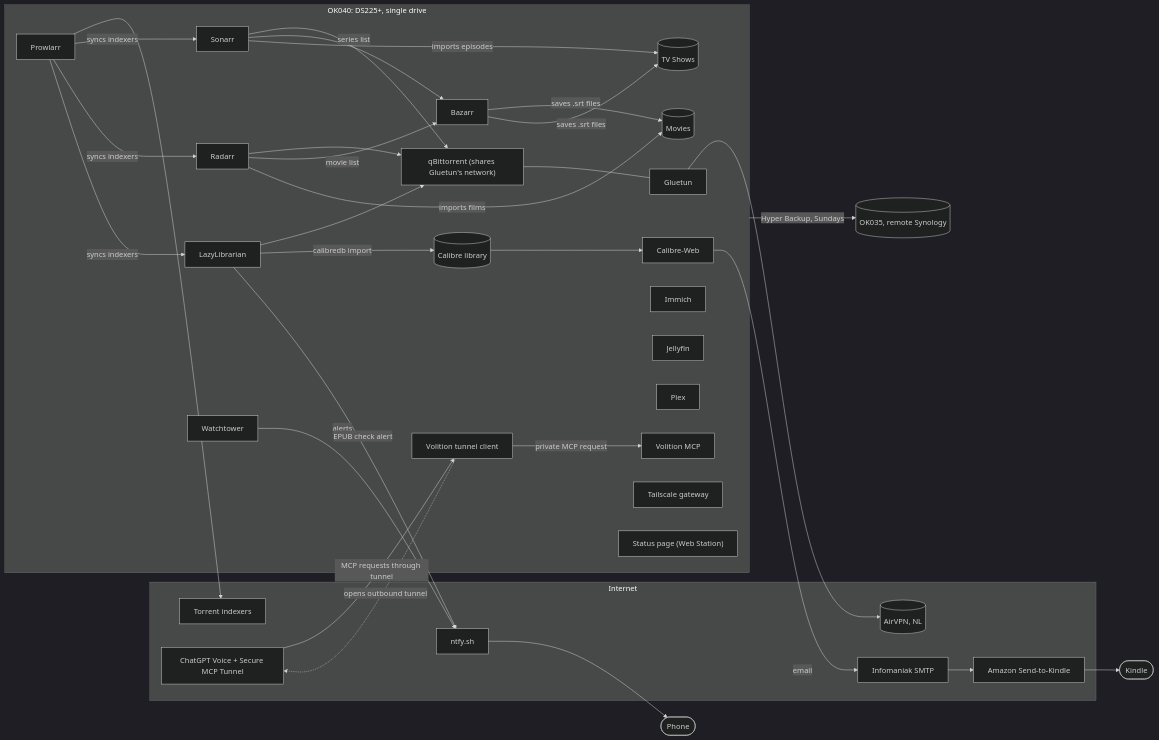
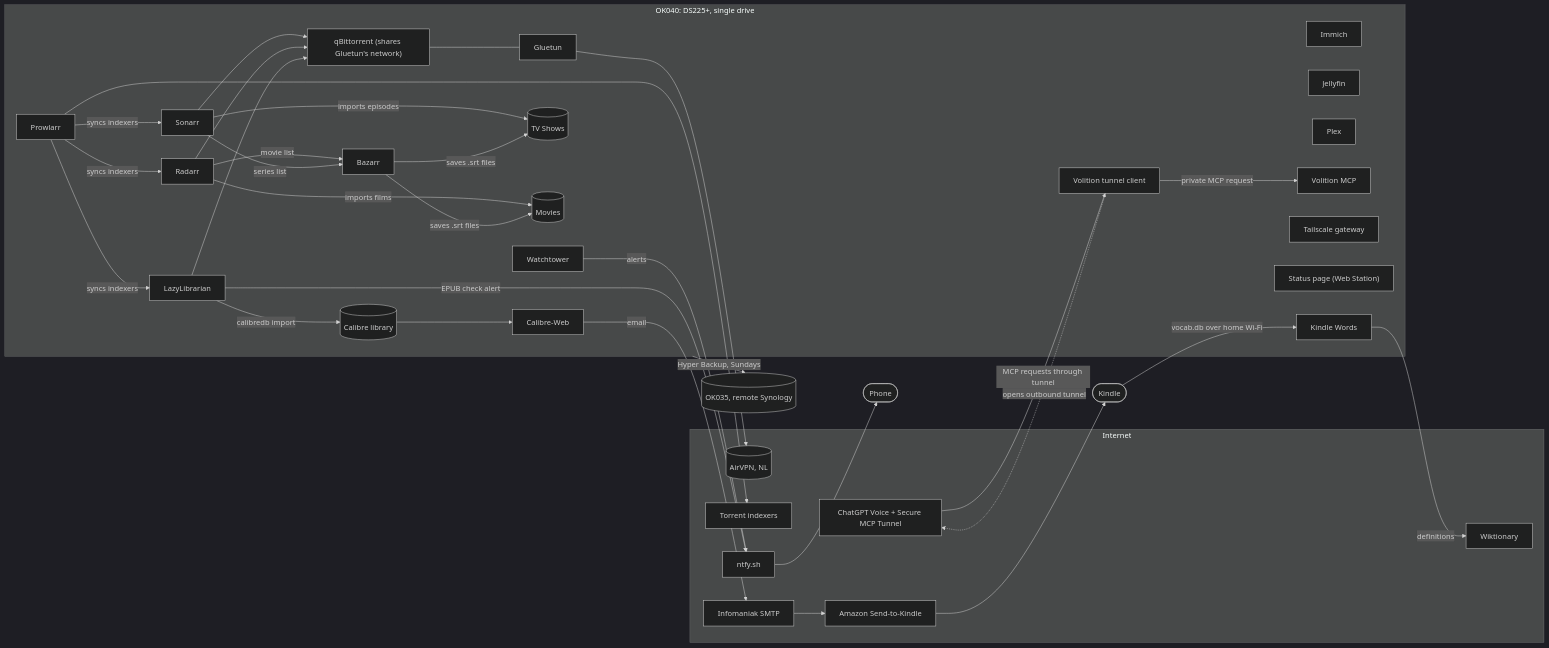
One commit to okkie2/infrastructure changed the diagram in README.md. Above: the diagram before and after it, drawn with Mermaid (dark theme). The commit also changed other lines of this file and 4 other files, not shown here.

First line of the commit message:
docs: add the kindle-words project

````diff
--- a/README.md
+++ b/README.md
@@ -9,45 +9,48 @@
 ```mermaid
 flowchart LR
   subgraph Internet
     AirVPN[("AirVPN, NL")]
     Indexers["Torrent indexers"]
     Infomaniak["Infomaniak SMTP"]
     Amazon["Amazon Send-to-Kindle"]
     Ntfy["ntfy.sh"]
     OpenAI["ChatGPT Voice + Secure MCP Tunnel"]
+    Wiktionary["Wiktionary"]
   end
   subgraph OK040["OK040: DS225+, single drive"]
     Gluetun --> AirVPN
     qBit["qBittorrent (shares Gluetun's network)"] --- Gluetun
     Prowlarr --> Indexers
     Prowlarr -->|syncs indexers| Sonarr
     Prowlarr -->|syncs indexers| Radarr
     Prowlarr -->|syncs indexers| LL["LazyLibrarian"]
     Sonarr --> qBit
     Radarr --> qBit
     Radarr -->|movie list| Bazarr
     Sonarr -->|series list| Bazarr
     LL --> qBit
     LL -->|calibredb import| Lib[("Calibre library")]
     Lib --> CW["Calibre-Web"]
     Sonarr -->|imports episodes| TV[("TV Shows")]
     Radarr -->|imports films| Movies[("Movies")]
     Bazarr -->|saves .srt files| Movies
     Bazarr -->|saves .srt files| TV
     Immich
     Jellyfin
     Plex
     Volition["Volition MCP"]
     Tunnel["Volition tunnel client"]
     TS["Tailscale gateway"]
     WT["Watchtower"] -->|alerts| Ntfy
     LL -->|EPUB check alert| Ntfy
     Status["Status page (Web Station)"]
+    KW["Kindle Words"] -->|definitions| Wiktionary
     Tunnel -.->|opens outbound tunnel| OpenAI
     OpenAI -->|MCP requests through tunnel| Tunnel
     Tunnel -->|private MCP request| Volition
   end
   CW -->|email| Infomaniak --> Amazon --> Kindle(["Kindle"])
+  Kindle -->|vocab.db over home Wi-Fi| KW
   Ntfy --> Phone(["Phone"])
   OK040 -->|Hyper Backup, Sundays| OK035[("OK035, remote Synology")]
 ```
````
